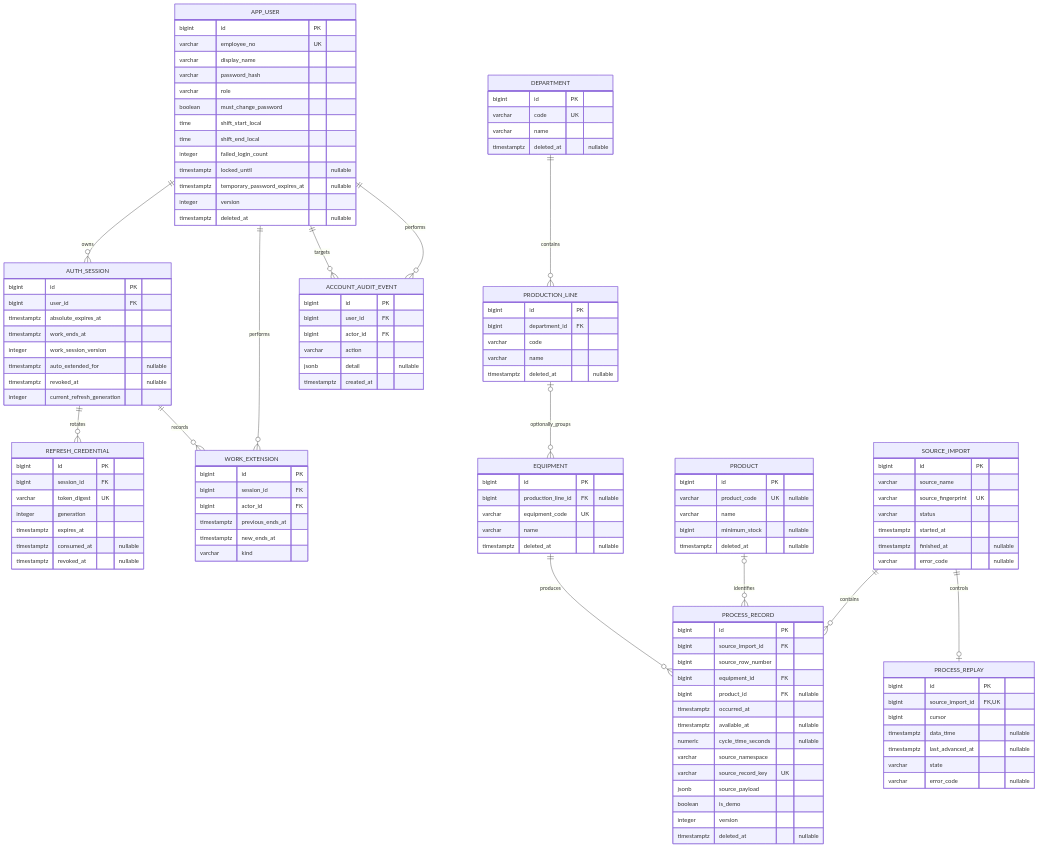
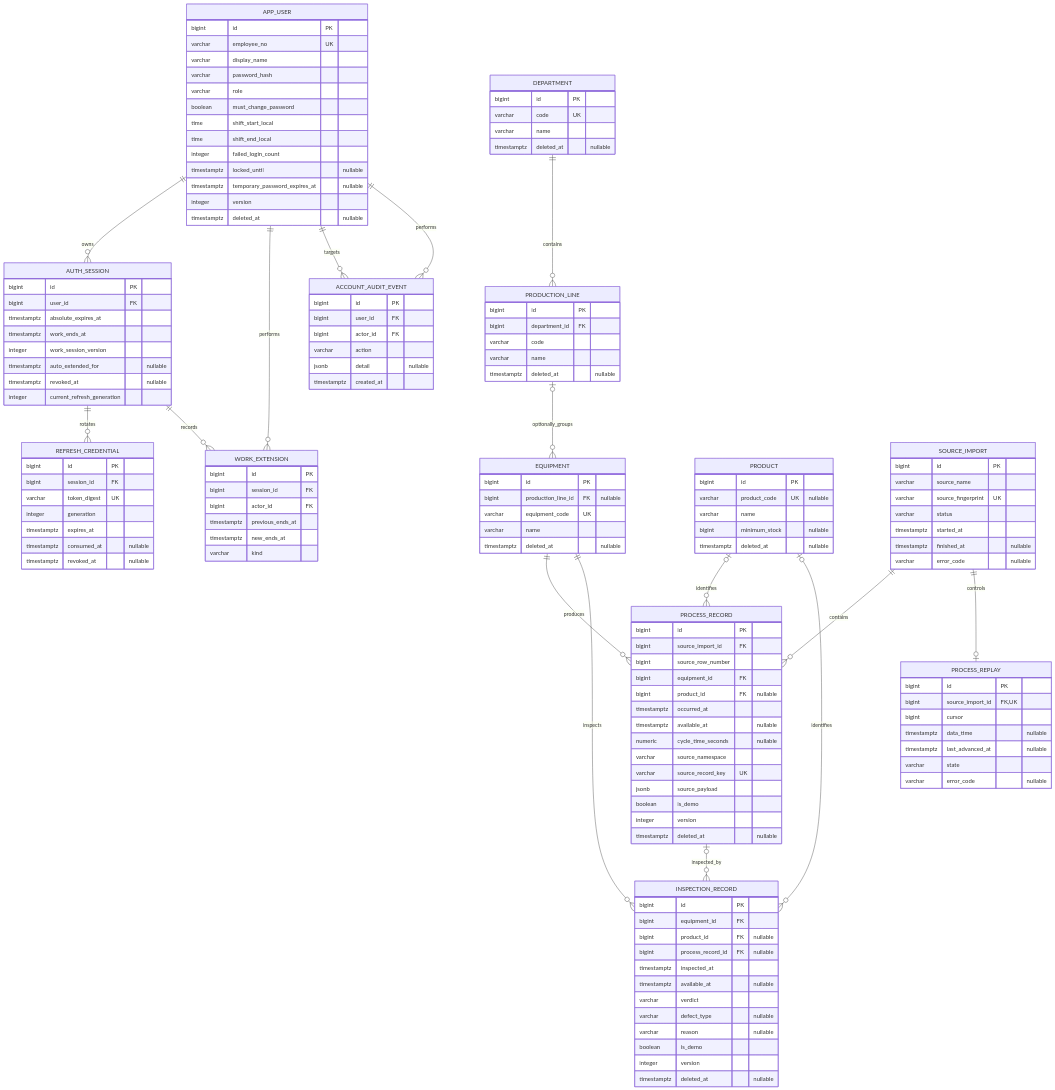
Before and after one commit to Hongssi96/sachulbanjang: the diagram in BE/docs/ERD.md, drawn with Mermaid. The commit also changed other lines of this file and 6 other files, not shown here.

```diff
--- a/BE/docs/ERD.md
+++ b/BE/docs/ERD.md
@@ -118,6 +118,21 @@
         timestamptz deleted_at "nullable"
     }
 
+    INSPECTION_RECORD {
+        bigint id PK
+        bigint equipment_id FK
+        bigint product_id FK "nullable"
+        bigint process_record_id FK "nullable"
+        timestamptz inspected_at
+        timestamptz available_at "nullable"
+        varchar verdict
+        varchar defect_type "nullable"
+        varchar reason "nullable"
+        boolean is_demo
+        integer version
+        timestamptz deleted_at "nullable"
+    }
+
     PROCESS_REPLAY {
         bigint id PK
         bigint source_import_id FK,UK
@@ -134,6 +149,9 @@
     SOURCE_IMPORT ||--o| PROCESS_REPLAY : controls
     EQUIPMENT ||--o{ PROCESS_RECORD : produces
     PRODUCT o|--o{ PROCESS_RECORD : identifies
+    EQUIPMENT ||--o{ INSPECTION_RECORD : inspects
+    PRODUCT o|--o{ INSPECTION_RECORD : identifies
+    PROCESS_RECORD o|--o{ INSPECTION_RECORD : inspected_by
     APP_USER ||--o{ AUTH_SESSION : owns
     AUTH_SESSION ||--o{ REFRESH_CREDENTIAL : rotates
     AUTH_SESSION ||--o{ WORK_EXTENSION : records
```
